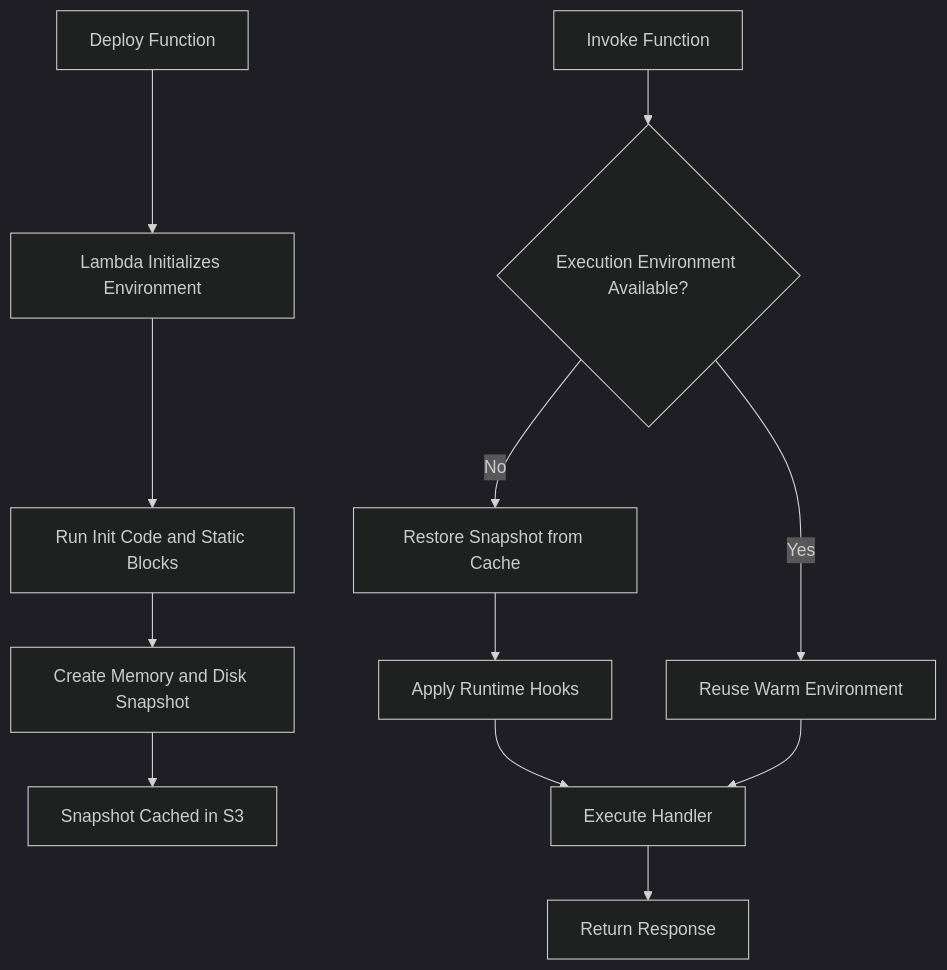
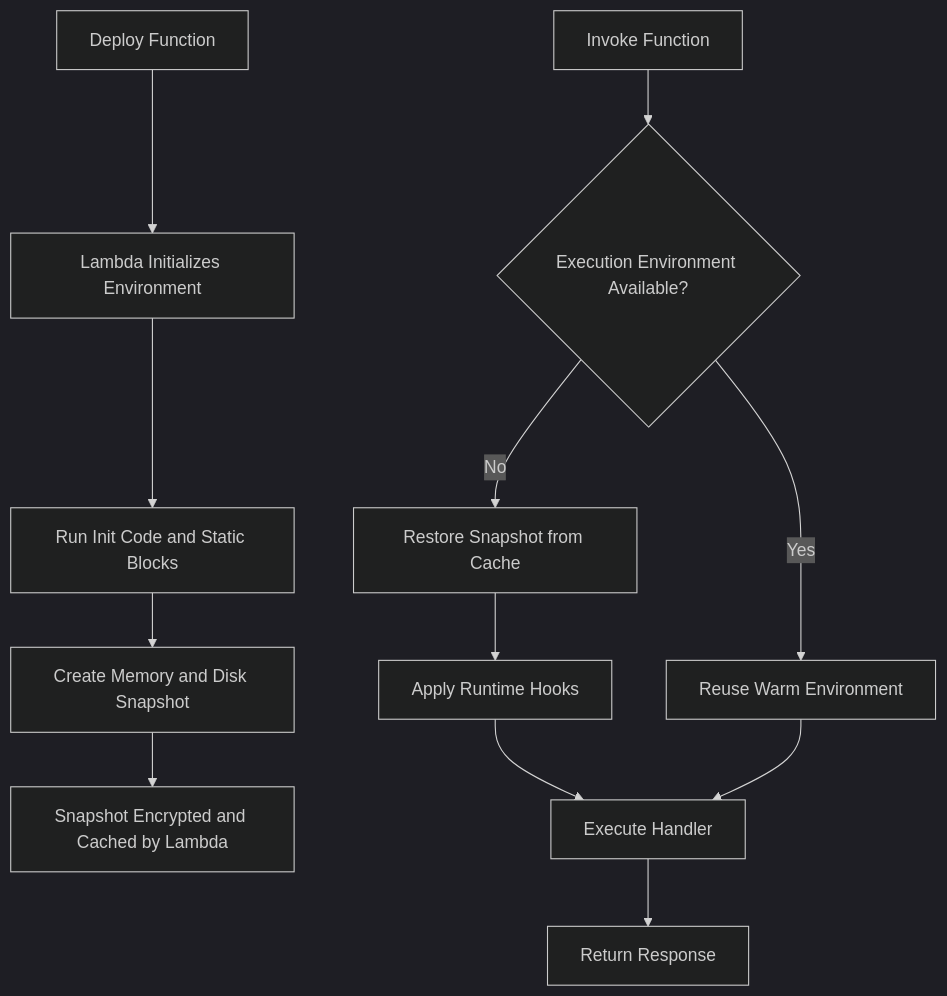
The first of 2 diagrams in posts/2026-01-30-aws-lambda-snapstart/README.md (OneUptime/blog), drawn with Mermaid (dark theme) before and after one commit. The commit also changed other lines of this file and 2 other files, not shown here.

Commit message:
validate: 2026-01-30-aws-lambda-snapstart

````diff
--- a/posts/2026-01-30-aws-lambda-snapstart/README.md
+++ b/posts/2026-01-30-aws-lambda-snapstart/README.md
@@ -35,15 +35,15 @@
 ```mermaid
 flowchart TD
     A[Deploy Function] --> B[Lambda Initializes Environment]
     B --> C[Run Init Code and Static Blocks]
     C --> D[Create Memory and Disk Snapshot]
-    D --> E[Snapshot Cached in S3]
+    D --> E[Snapshot Encrypted and Cached by Lambda]
 
     F[Invoke Function] --> G{Execution Environment Available?}
     G -->|Yes| H[Reuse Warm Environment]
     G -->|No| I[Restore Snapshot from Cache]
     I --> J[Apply Runtime Hooks]
     J --> K[Execute Handler]
     H --> K
     K --> L[Return Response]
 ```
````
